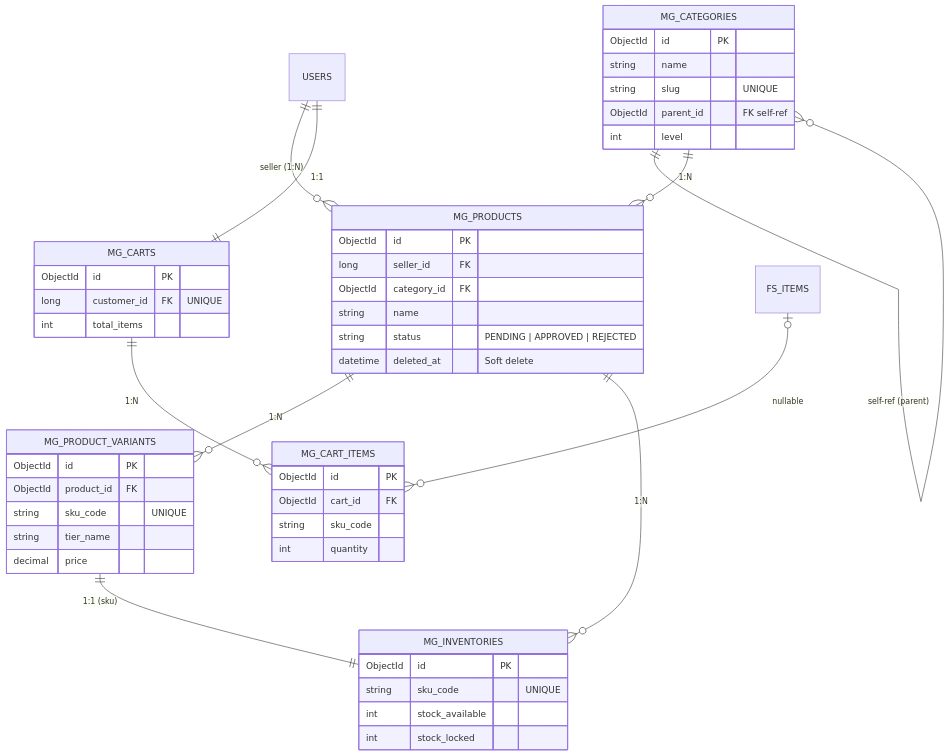
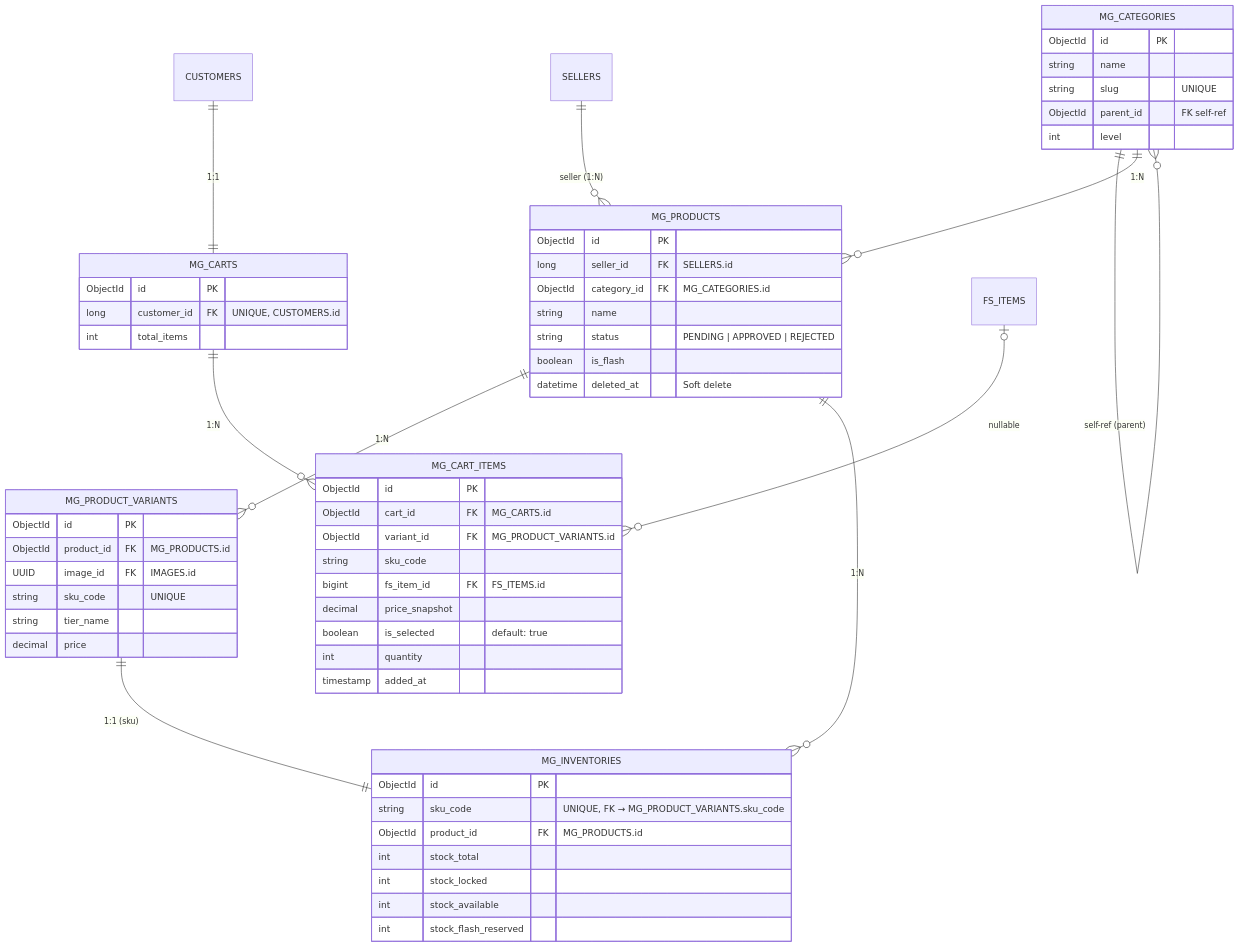
One commit to ldqanh1408/stealing-from-paradise changed the second of 10 diagrams in docs/architecture/diagrams/01_erd_compact.md. Above: the diagram before and after it, drawn with Mermaid. The commit also changed other lines of this file and 21 other files, not shown here.

````diff
--- a/docs/architecture/diagrams/01_erd_compact.md
+++ b/docs/architecture/diagrams/01_erd_compact.md
@@ -51,57 +68,67 @@
 ```mermaid
 erDiagram
     MG_CATEGORIES ||--o{ MG_CATEGORIES : "self-ref (parent)"
     MG_CATEGORIES ||--o{ MG_PRODUCTS : "1:N"
-    USERS ||--o{ MG_PRODUCTS : "seller (1:N)"
+    SELLERS ||--o{ MG_PRODUCTS : "seller (1:N)"
     MG_PRODUCTS ||--o{ MG_PRODUCT_VARIANTS : "1:N"
     MG_PRODUCTS ||--o{ MG_INVENTORIES : "1:N"
     MG_PRODUCT_VARIANTS ||--|| MG_INVENTORIES : "1:1 (sku)"
     MG_CARTS ||--o{ MG_CART_ITEMS : "1:N"
-    USERS ||--|| MG_CARTS : "1:1"
+    CUSTOMERS ||--|| MG_CARTS : "1:1"
     FS_ITEMS |o--o{ MG_CART_ITEMS : "nullable"
 
     MG_CATEGORIES {
         ObjectId id PK
         string name
         string slug "UNIQUE"
         ObjectId parent_id "FK self-ref"
         int level
     }
 
     MG_PRODUCTS {
         ObjectId id PK
-        long seller_id FK
-        ObjectId category_id FK
+        long seller_id FK "SELLERS.id"
+        ObjectId category_id FK "MG_CATEGORIES.id"
         string name
         string status "PENDING | APPROVED | REJECTED"
+        boolean is_flash
         datetime deleted_at "Soft delete"
     }
 
     MG_PRODUCT_VARIANTS {
         ObjectId id PK
-        ObjectId product_id FK
+        ObjectId product_id FK "MG_PRODUCTS.id"
+        UUID image_id FK "IMAGES.id"
         string sku_code "UNIQUE"
         string tier_name
         decimal price
     }
 
     MG_INVENTORIES {
         ObjectId id PK
-        string sku_code "UNIQUE"
+        string sku_code "UNIQUE, FK → MG_PRODUCT_VARIANTS.sku_code"
+        ObjectId product_id FK "MG_PRODUCTS.id"
+        int stock_total
+        int stock_locked
         int stock_available
-        int stock_locked
+        int stock_flash_reserved
     }
 
     MG_CARTS {
         ObjectId id PK
-        long customer_id FK "UNIQUE"
+        long customer_id FK "UNIQUE, CUSTOMERS.id"
         int total_items
     }
 
     MG_CART_ITEMS {
         ObjectId id PK
-        ObjectId cart_id FK
+        ObjectId cart_id FK "MG_CARTS.id"
+        ObjectId variant_id FK "MG_PRODUCT_VARIANTS.id"
         string sku_code
+        bigint fs_item_id FK "FS_ITEMS.id"
+        decimal price_snapshot
+        boolean is_selected "default: true"
         int quantity
+        timestamp added_at
     }
 ```
````
